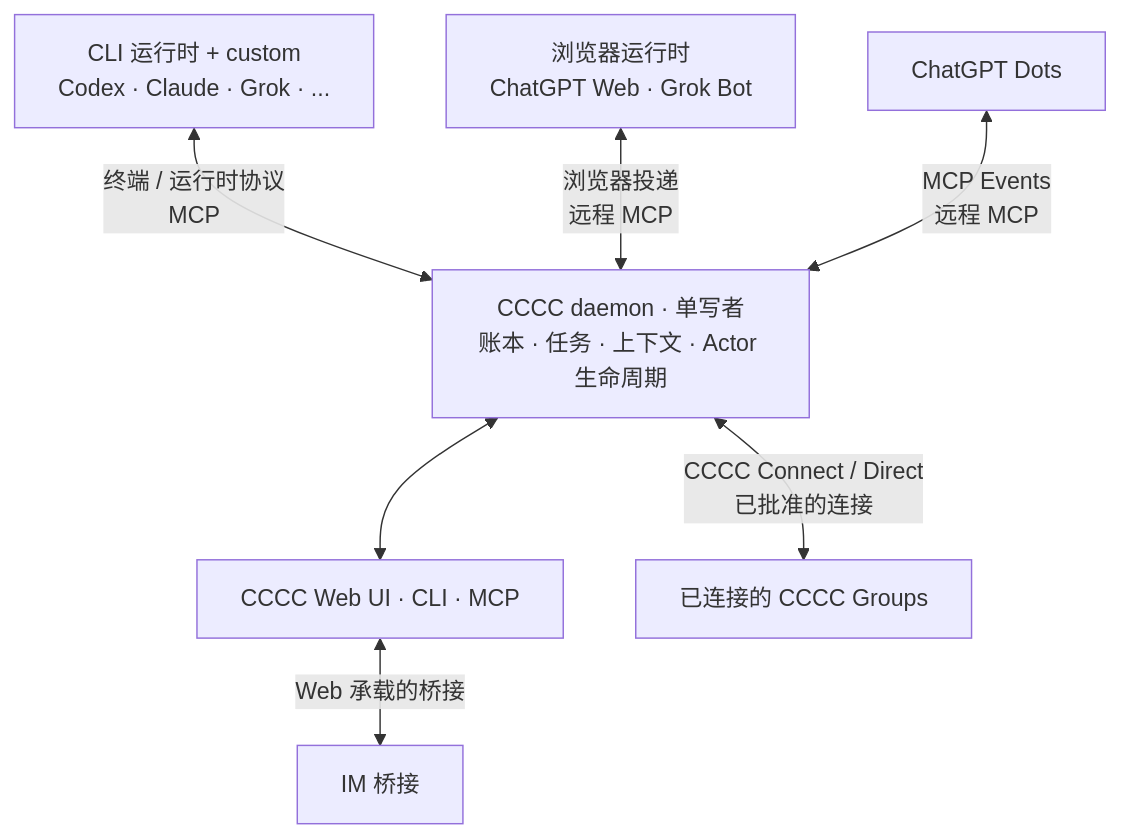
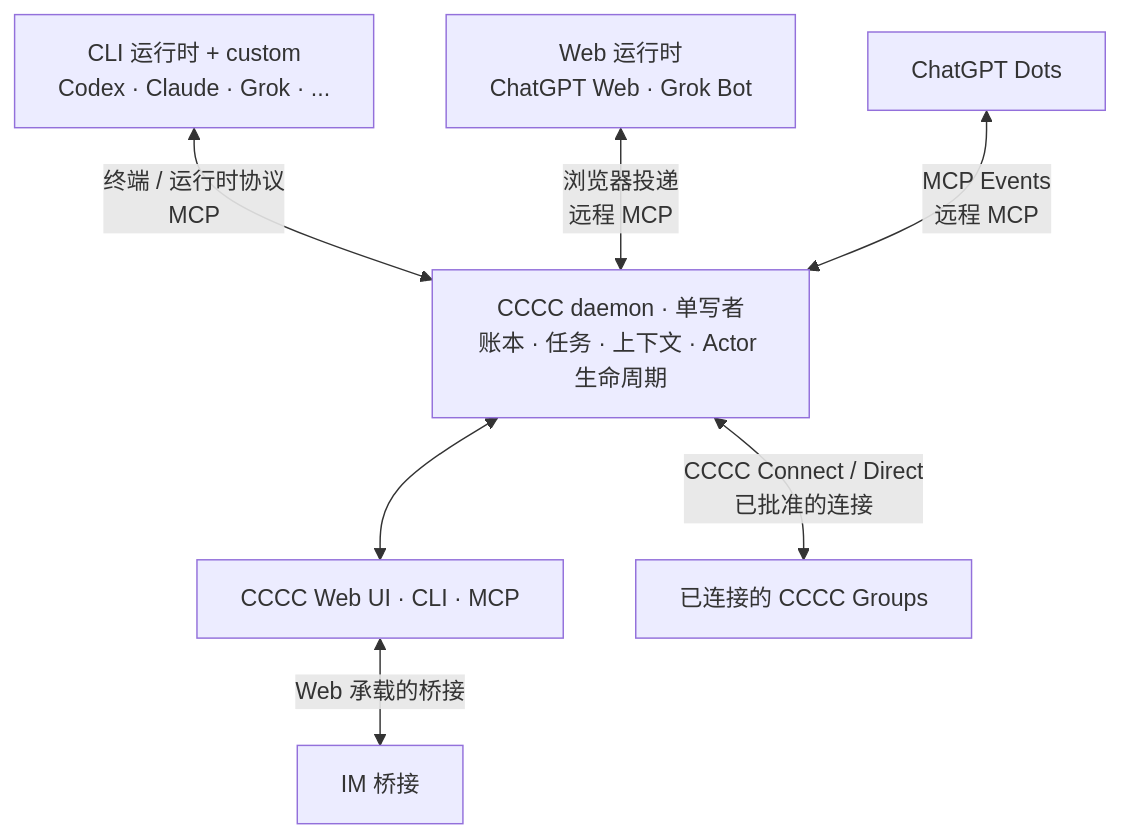
One commit to ChesterRa/cccc changed the diagram in README.zh-CN.md. Above: the diagram before and after it, drawn with Mermaid. The commit also changed other lines of this file and 73 other files, not shown here.

````diff
--- a/README.zh-CN.md
+++ b/README.zh-CN.md
@@ -177,17 +177,17 @@
 ```mermaid
 graph TB
     A1["CLI 运行时 + custom<br/>Codex · Claude · Grok · ..."]
-    A3["浏览器运行时<br/>ChatGPT Web · Grok Bot"]
+    A3["Web 运行时<br/>ChatGPT Web · Grok Bot"]
     A6["ChatGPT Dots"]
     Daemon["CCCC daemon · 单写者<br/>账本 · 任务 · 上下文 · Actor 生命周期"]
     Ports["CCCC Web UI · CLI · MCP"]
     IM["IM 桥接"]
     Remote["已连接的 CCCC Groups"]
 
     A1 <-->|终端 / 运行时协议<br/>MCP| Daemon
     A3 <-->|浏览器投递<br/>远程 MCP| Daemon
     A6 <-->|MCP Events<br/>远程 MCP| Daemon
     Daemon <--> Ports
     Ports <-->|Web 承载的桥接| IM
     Daemon <-->|CCCC Connect / Direct<br/>已批准的连接| Remote
 ```
````
